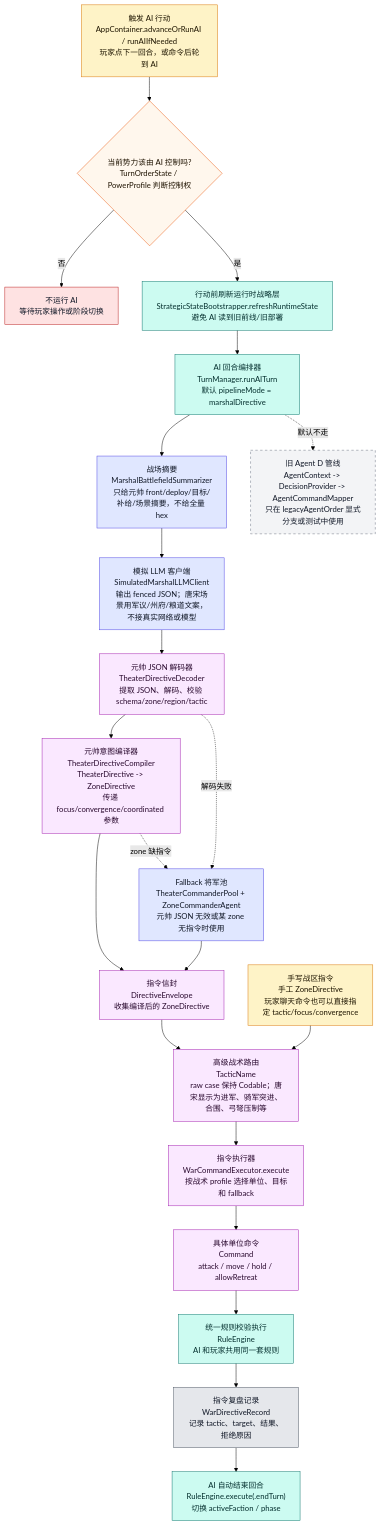
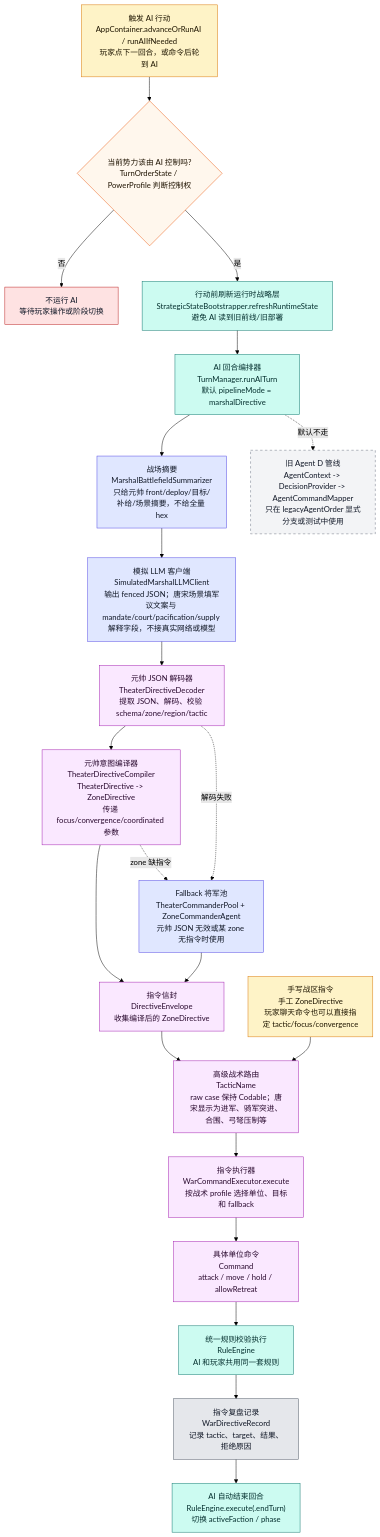
The seventh of 12 diagrams in md/flow/flowchart.md (Altman-sam114/125), drawn with Mermaid (forest theme) before and after one commit. The commit also changed 7 other files, not shown here.

````diff
--- a/md/flow/flowchart.md
+++ b/md/flow/flowchart.md
@@ -363,43 +363,43 @@
 ```mermaid
 flowchart TD
     START["触发 AI 行动<br/>AppContainer.advanceOrRunAI / runAIIfNeeded<br/>玩家点下一回合，或命令后轮到 AI"]:::input
     CHECK{"当前势力该由 AI 控制吗?<br/>TurnOrderState / PowerProfile 判断控制权"}:::decision
     STOP["不运行 AI<br/>等待玩家操作或阶段切换"]:::stop
     REFRESH["行动前刷新运行时战略层<br/>StrategicStateBootstrapper.refreshRuntimeState<br/>避免 AI 读到旧前线/旧部署"]:::rules
     TM["AI 回合编排器<br/>TurnManager.runAITurn<br/>默认 pipelineMode = marshalDirective"]:::rules
     SUM["战场摘要<br/>MarshalBattlefieldSummarizer<br/>只给元帅 front/deploy/目标/补给/场景摘要，不给全量 hex"]:::ai
-    LLM["模拟 LLM 客户端<br/>SimulatedMarshalLLMClient<br/>输出 fenced JSON；唐宋场景用军议/州府/粮道文案，不接真实网络或模型"]:::ai
+    LLM["模拟 LLM 客户端<br/>SimulatedMarshalLLMClient<br/>输出 fenced JSON；唐宋场景填军议文案与 mandate/court/pacification/supply 解释字段，不接真实网络或模型"]:::ai
     DEC["元帅 JSON 解码器<br/>TheaterDirectiveDecoder<br/>提取 JSON、解码、校验 schema/zone/region/tactic"]:::command
     COMP["元帅意图编译器<br/>TheaterDirectiveCompiler<br/>TheaterDirective -> ZoneDirective<br/>传递 focus/convergence/coordinated 参数"]:::command
     ENV["指令信封<br/>DirectiveEnvelope<br/>收集编译后的 ZoneDirective"]:::command
     TACTIC["高级战术路由<br/>TacticName<br/>raw case 保持 Codable；唐宋显示为进军、骑军突进、合围、弓弩压制等"]:::command
     WCE["指令执行器<br/>WarCommandExecutor.execute<br/>按战术 profile 选择单位、目标和 fallback"]:::command
     BOTTOM["具体单位命令<br/>Command<br/>attack / move / hold / allowRetreat"]:::command
     RE["统一规则校验执行<br/>RuleEngine<br/>AI 和玩家共用同一套规则"]:::rules
     RECORD["指令复盘记录<br/>WarDirectiveRecord<br/>记录 tactic、target、结果、拒绝原因"]:::ui
     END["AI 自动结束回合<br/>RuleEngine.execute(.endTurn)<br/>切换 activeFaction / phase"]:::rules
 
     START --> CHECK
     CHECK -->|否| STOP
     CHECK -->|是| REFRESH --> TM --> SUM --> LLM --> DEC --> COMP --> ENV
     ENV --> TACTIC --> WCE --> BOTTOM --> RE --> RECORD --> END
 
     FALLBACK["Fallback 将军池<br/>TheaterCommanderPool + ZoneCommanderAgent<br/>元帅 JSON 无效或某 zone 无指令时使用"]:::ai
     DEC -.解码失败.-> FALLBACK --> ENV
     COMP -.zone 缺指令.-> FALLBACK
 
     LEGACY["旧 Agent D 管线<br/>AgentContext -> DecisionProvider -> AgentCommandMapper<br/>只在 legacyAgentOrder 显式分支或测试中使用"]:::legacy
     TM -.默认不走.-> LEGACY
 
     MANUAL["手写战区指令<br/>手工 ZoneDirective<br/>玩家聊天命令也可以直接指定 tactic/focus/convergence"]:::input
     MANUAL --> TACTIC
 
     classDef input fill:#fef3c7,stroke:#d97706,color:#1f1600
     classDef decision fill:#fff7ed,stroke:#ea580c,color:#1f1300
     classDef stop fill:#fee2e2,stroke:#b91c1c,color:#111827
     classDef rules fill:#ccfbf1,stroke:#0f766e,color:#042f2e
     classDef ai fill:#e0e7ff,stroke:#4f46e5,color:#111827
     classDef command fill:#fae8ff,stroke:#a21caf,color:#2a0a2f
     classDef ui fill:#e5e7eb,stroke:#4b5563,color:#111827
     classDef legacy fill:#f3f4f6,stroke:#6b7280,stroke-dasharray:5 5,color:#111827
 ```
````
